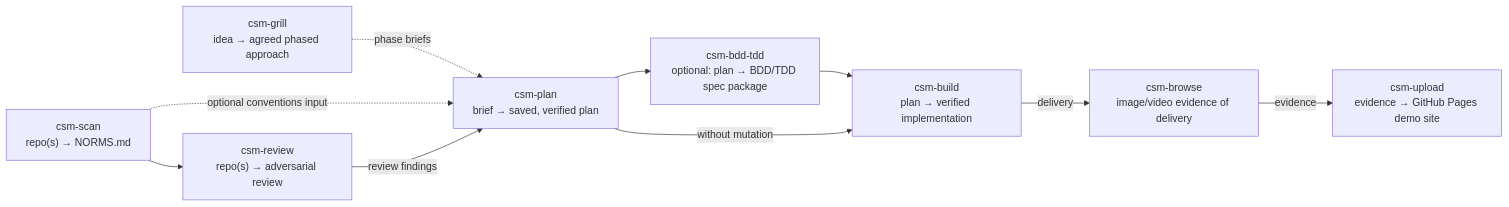
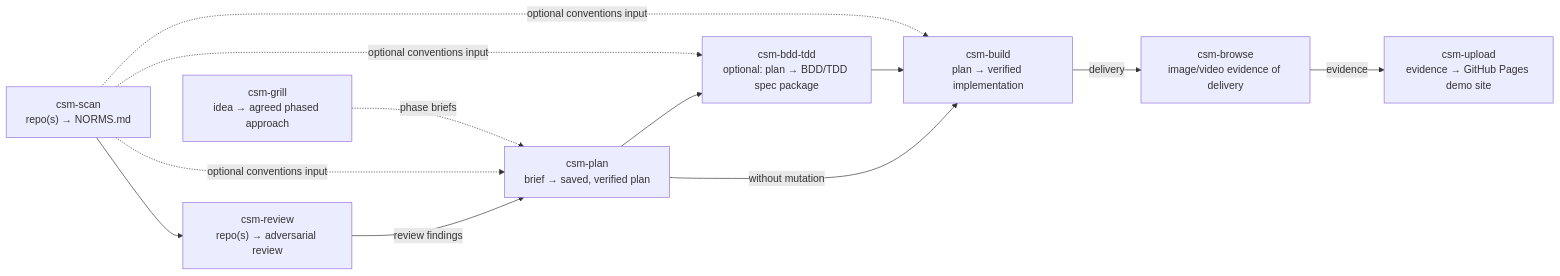
One commit to jamiemills/opencode-skills changed the diagram in README.md. Above: the diagram before and after it, drawn with Mermaid. The commit also changed other lines of this file and 7 other files, not shown here.

Commit message:
csm-suite: G2 — README accuracy+Quickstart+Troubleshooting, scan CLI docs, example fixes, check-suite.mjs linter (154 checks), perf baselines 1209/1209@131.8s (plan csm-suite-improvements, cycle 1) — 3/3 gates pass

````diff
--- a/README.md
+++ b/README.md
@@ -20,10 +22,12 @@
 ```mermaid
 flowchart LR
     grill["csm-grill<br/>idea → agreed phased approach"] -.->|"phase briefs"| plan["csm-plan<br/>brief → saved, verified plan"]
     scan["csm-scan<br/>repo(s) → NORMS.md"] -.->|"optional conventions input"| plan
+    scan -.->|"optional conventions input"| bdd["csm-bdd-tdd<br/>optional: plan → BDD/TDD spec package"]
+    scan -.->|"optional conventions input"| build["csm-build<br/>plan → verified implementation"]
     scan --> review["csm-review<br/>repo(s) → adversarial review"] -->|"review findings"| plan
-    plan --> bdd["csm-bdd-tdd<br/>optional: plan → BDD/TDD spec package"]
-    bdd --> build["csm-build<br/>plan → verified implementation"]
+    plan --> bdd
+    bdd --> build
     plan -->|"without mutation"| build
     build -->|"delivery"| browse["csm-browse<br/>image/video evidence of delivery"] -->|"evidence"| upload["csm-upload<br/>evidence → GitHub Pages demo site"]
 ```
````
